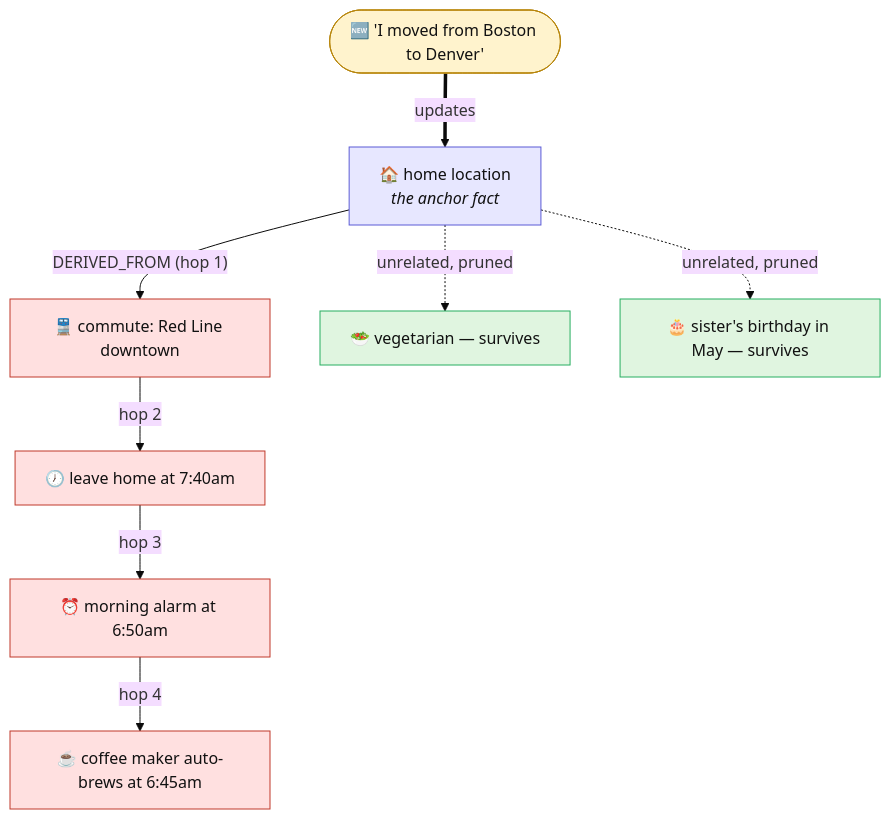
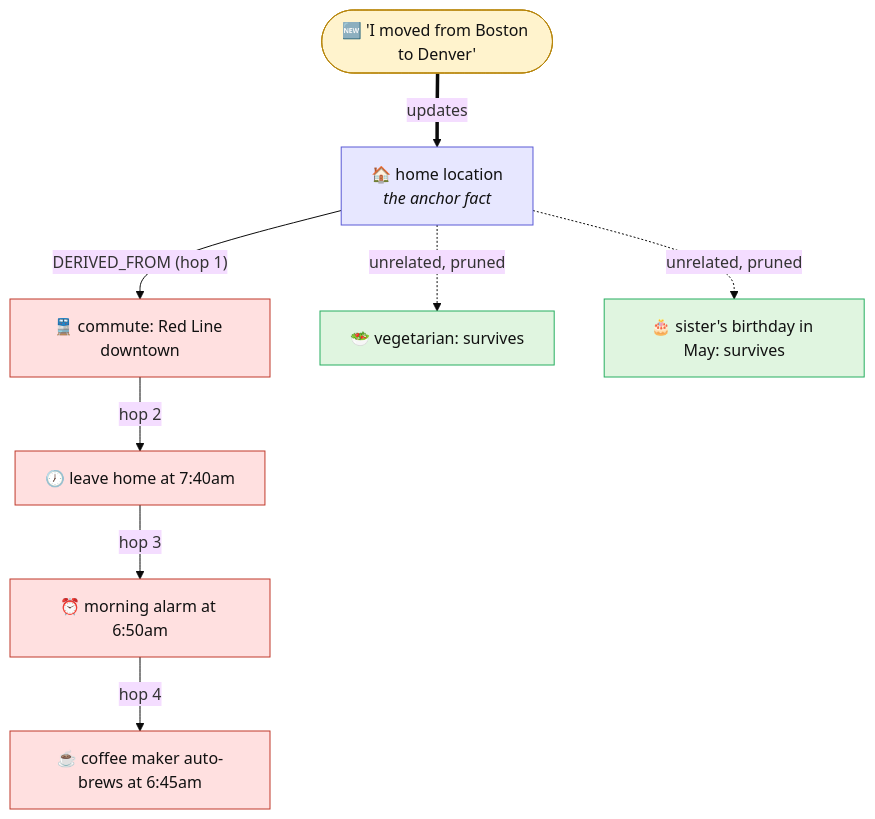
The diagram in README.md (rdarshan10/GEM), drawn with Mermaid (base theme) before and after one commit. The commit also changed other lines of this file and 51 other files, not shown here.

````diff
--- a/README.md
+++ b/README.md
@@ -27,18 +27,18 @@
 ```mermaid
 flowchart TD
     T(["🆕 'I moved from Boston to Denver'"]):::trig
     T ==>|updates| A["🏠 home location<br/><i>the anchor fact</i>"]:::anchor
 
     A -->|"DERIVED_FROM (hop 1)"| M["🚆 commute: Red Line downtown"]:::stale
     M -->|"hop 2"| D["🕖 leave home at 7:40am"]:::stale
     D -->|"hop 3"| AL["⏰ morning alarm at 6:50am"]:::stale
     AL -->|"hop 4"| CM["☕ coffee maker auto-brews at 6:45am"]:::stale
 
-    A -. unrelated, pruned .-> K1["🥗 vegetarian — survives"]:::keep
-    A -. unrelated, pruned .-> K2["🎂 sister's birthday in May — survives"]:::keep
+    A -. unrelated, pruned .-> K1["🥗 vegetarian: survives"]:::keep
+    A -. unrelated, pruned .-> K2["🎂 sister's birthday in May: survives"]:::keep
 
     classDef trig fill:#fff3cd,stroke:#b8860b,color:#111;
     classDef anchor fill:#e7e7ff,stroke:#5b5bd6,color:#111;
     classDef stale fill:#ffe0e0,stroke:#c0392b,color:#111;
     classDef keep fill:#e0f5e0,stroke:#27ae60,color:#111;
 ```
````
